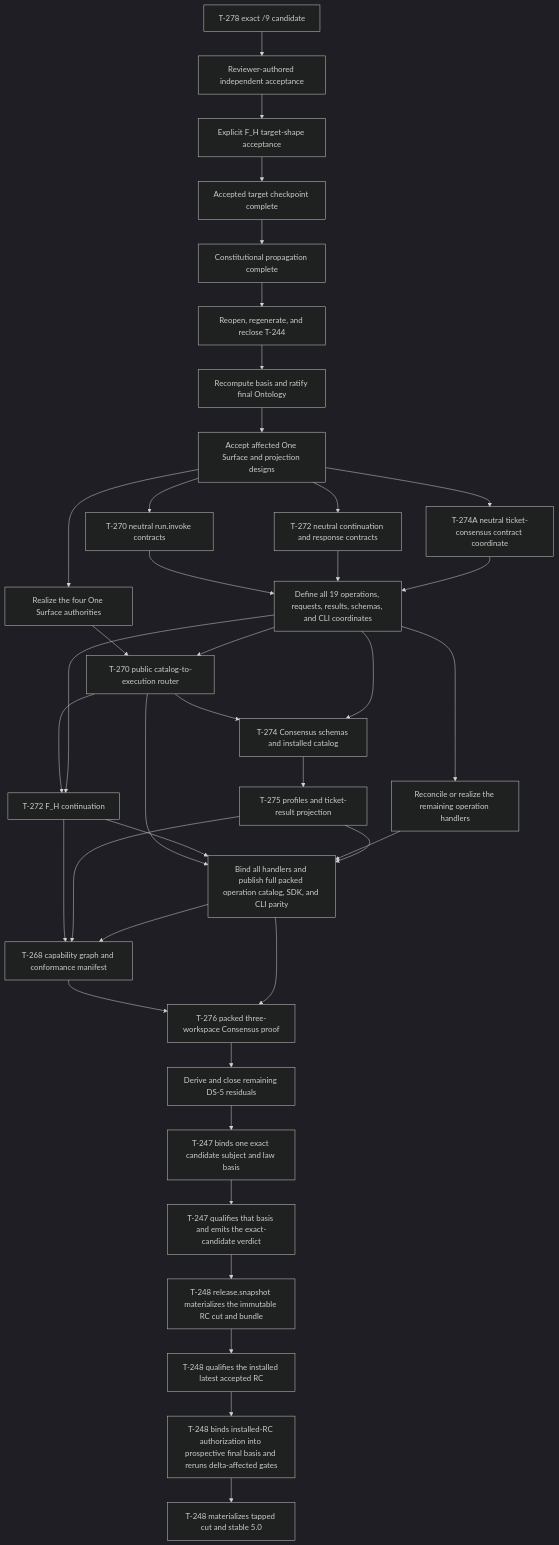
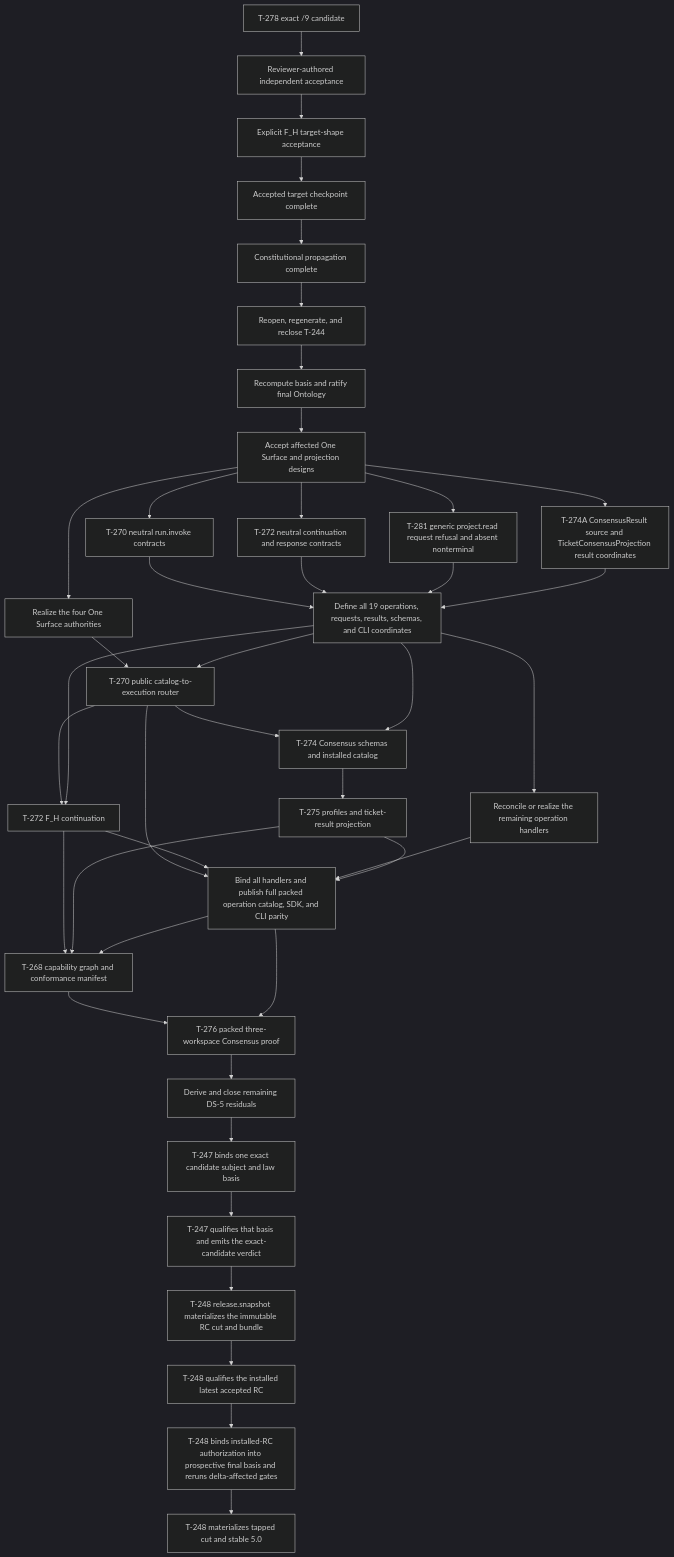
The diagram in specification/GOALS.md (foolishimp/abiogenesis), drawn with Mermaid (dark theme) before and after one commit. The commit also changed other lines of this file and 18 other files, not shown here.

Commit message:
fix(t281): bind native schema sources to compiled owners

````diff
--- a/specification/GOALS.md
+++ b/specification/GOALS.md
@@ -139,41 +139,43 @@
 ```mermaid
 flowchart TD
   A[T-278 exact /9 candidate] --> A2[Reviewer-authored independent acceptance]
   A2 --> A3[Explicit F_H target-shape acceptance]
   A3 --> S[Accepted target checkpoint complete]
   S --> B[Constitutional propagation complete]
   B --> C[Reopen, regenerate, and reclose T-244]
   C --> D[Recompute basis and ratify final Ontology]
   D --> E[Accept affected One Surface and projection designs]
   E --> O[Realize the four One Surface authorities]
   E --> N270[T-270 neutral run.invoke contracts]
   E --> N272[T-272 neutral continuation and response contracts]
-  E --> H0[T-274A neutral ticket-consensus contract coordinate]
+  E --> H0A[T-281 generic project.read request refusal and absent nonterminal]
+  E --> H0B[T-274A ConsensusResult source and TicketConsensusProjection result coordinates]
   N270 --> P1[Define all 19 operations, requests, results, schemas, and CLI coordinates]
   N272 --> P1
-  H0 --> P1
+  H0A --> P1
+  H0B --> P1
   O --> F[T-270 public catalog-to-execution router]
   P1 --> F
   P1 --> Q[Reconcile or realize the remaining operation handlers]
   F --> G[T-272 F_H continuation]
   P1 --> G
   F --> H[T-274 Consensus schemas and installed catalog]
   P1 --> H
   H --> I[T-275 profiles and ticket-result projection]
   F --> P2[Bind all handlers and publish full packed operation catalog, SDK, and CLI parity]
   G --> P2
   Q --> P2
   I --> P2
   G --> J[T-268 capability graph and conformance manifest]
   I --> J
   P2 --> J
   J --> K[T-276 packed three-workspace Consensus proof]
   P2 --> K
   K --> L[Derive and close remaining DS-5 residuals]
   L --> B1[T-247 binds one exact candidate subject and law basis]
   B1 --> B2[T-247 qualifies that basis and emits the exact-candidate verdict]
   B2 --> R[T-248 release.snapshot materializes the immutable RC cut and bundle]
   R --> V[T-248 qualifies the installed latest accepted RC]
   V --> F1[T-248 binds installed-RC authorization into prospective final basis and reruns delta-affected gates]
   F1 --> N[T-248 materializes tapped cut and stable 5.0]
 ```
````
